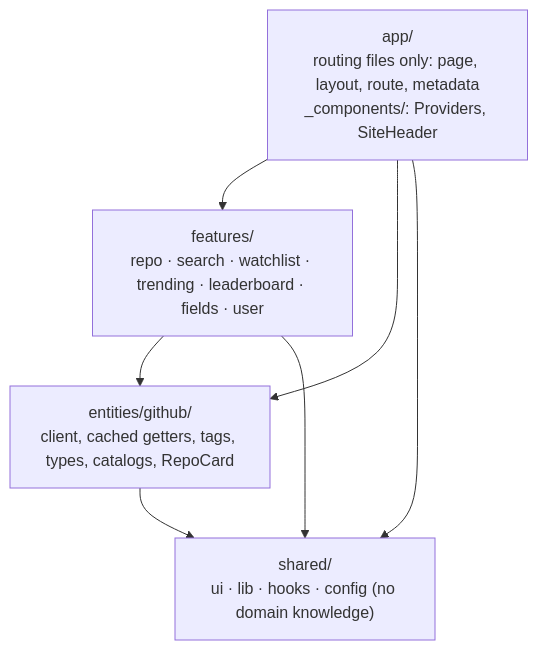
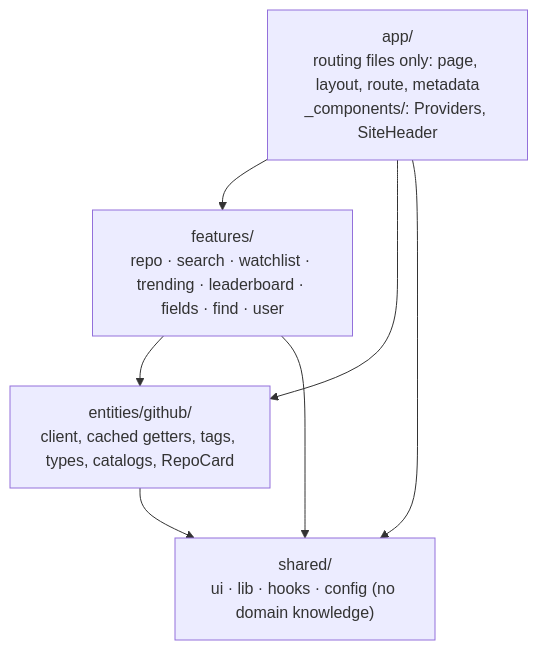
One commit to tarnishedMind/RepoRadar changed diagram 19 of 19 in docs/ARCHITECTURE.md. Above: the diagram before and after it, drawn with Mermaid. The commit also changed other lines of this file and 28 other files, not shown here.

First line of the commit message:
M12: describe-it repo finder (/find)

````diff
--- a/docs/ARCHITECTURE.md
+++ b/docs/ARCHITECTURE.md
@@ -889,11 +918,11 @@
 ```mermaid
 flowchart TD
   app["app/<br/>routing files only: page, layout, route, metadata<br/>_components/: Providers, SiteHeader"]
-  features["features/<br/>repo · search · watchlist · trending · leaderboard · fields · user"]
+  features["features/<br/>repo · search · watchlist · trending · leaderboard · fields · find · user"]
   entities["entities/github/<br/>client, cached getters, tags, types, catalogs, RepoCard"]
   shared["shared/<br/>ui · lib · hooks · config (no domain knowledge)"]
   app --> features --> entities --> shared
   app --> entities
   app --> shared
   features --> shared
 ```
````
